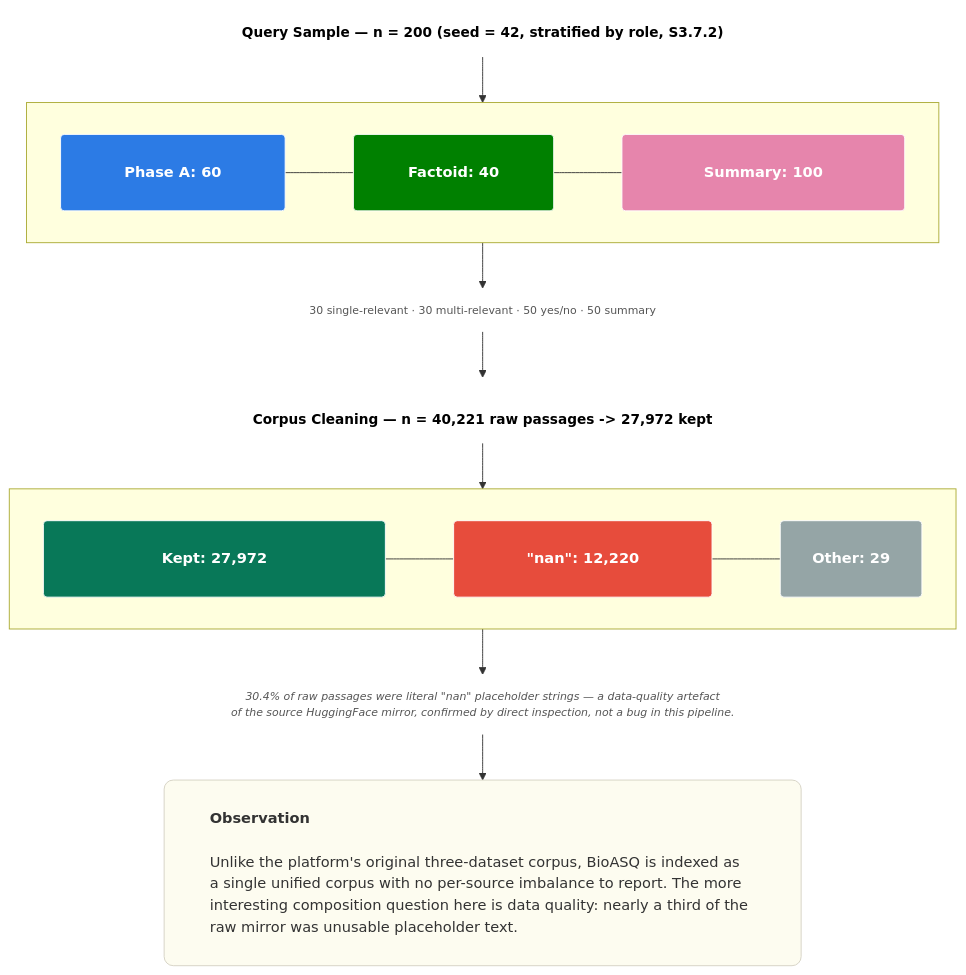
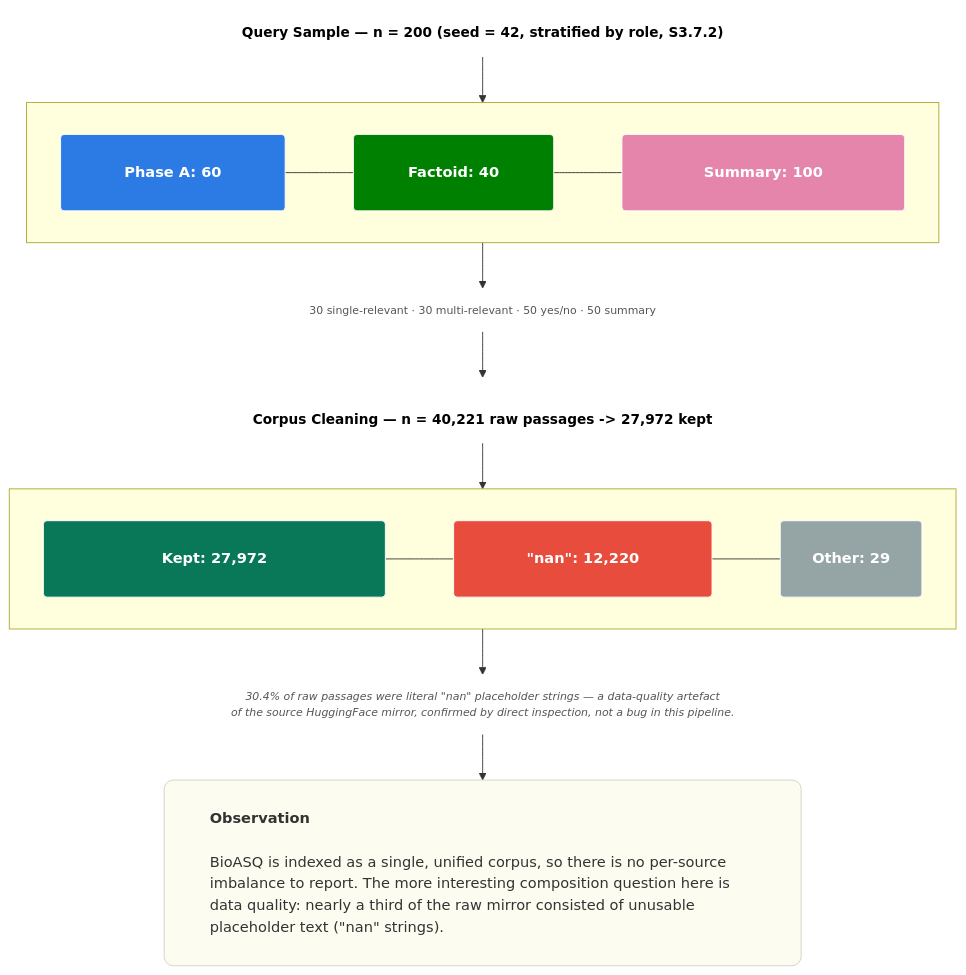
One commit to samueladole/MDATS79 changed the diagram in docs/diagrams/ragscope_query_sampling_corpus_composition.mmd. Above: the diagram before and after it, drawn with Mermaid. The commit also changed 2 other files, not shown here.

Commit message:
Fix Figure 3.4 observation text to drop dataset-swap framing
The corpus-cleaning callout still said "unlike the platform's original
three-dataset corpus"; rewritten to describe BioASQ's composition
directly. Updated the SVG, its rendered PNG, and the Mermaid source.

```diff
--- a/docs/diagrams/ragscope_query_sampling_corpus_composition.mmd
+++ b/docs/diagrams/ragscope_query_sampling_corpus_composition.mmd
@@ -1,51 +1,51 @@
 graph TD
     %% Custom Styles
     classDef blue fill:#2C7BE5,stroke:#ffffff,color:#ffffff,font-weight:bold,rx:4px,ry:4px;
     classDef green fill:#008000,stroke:#ffffff,color:#ffffff,font-weight:bold,rx:4px,ry:4px;
     classDef pink fill:#E685AC,stroke:#ffffff,color:#ffffff,font-weight:bold,rx:4px,ry:4px;
     classDef teal fill:#087858,stroke:#ffffff,color:#ffffff,font-weight:bold,rx:4px,ry:4px;
     classDef red fill:#E74C3C,stroke:#ffffff,color:#ffffff,font-weight:bold,rx:4px,ry:4px;
     classDef grey fill:#95A5A6,stroke:#ffffff,color:#ffffff,font-weight:bold,rx:4px,ry:4px;
     classDef header fill:none,stroke:none,color:#000000;
     classDef text fill:none,stroke:none,color:#555555,font-size:12px;
     classDef obs fill:#FDFCF0,stroke:#D4D1C3,color:#333333,rx:10px,ry:10px;
 
     %% 1. Query Sample Section (stratified by BioASQ role, not by dataset)
     S1["<div style='white-space: nowrap; font-size: 15px; font-weight: bold;'>Query Sample — n = 200 (seed = 42, stratified by role, S3.7.2)</div>"]:::header
 
     subgraph Bar1 [" "]
         direction LR
         Q_PA["<div style='white-space: nowrap; padding: 15px 40px;'>Phase A: 60</div>"]:::blue
         Q_FA["<div style='white-space: nowrap; padding: 15px 30px;'>Factoid: 40</div>"]:::green
         Q_SU["<div style='white-space: nowrap; padding: 15px 60px;'>Summary: 100</div>"]:::pink
         Q_PA --- Q_FA --- Q_SU
     end
 
     S1_SUB["<div style='white-space: nowrap;'><span style='color: #2C7BE5;'>30 single-relevant · 30 multi-relevant · </span><span style='color: #E685AC;'>50 yes/no · 50 summary</span></div>"]:::text
 
     S1 --> Bar1
     Bar1 --> S1_SUB
 
     %% 2. Corpus Cleaning Section (BioASQ is a single unified corpus — the
     %% interesting composition question is raw-to-cleaned reduction, not
     %% per-dataset share, since there is only one source now)
     S2["<div style='white-space: nowrap; font-size: 15px; font-weight: bold; margin-top: 20px;'>Corpus Cleaning — n = 40,221 raw passages -&gt; 27,972 kept</div>"]:::header
 
     subgraph Bar2 [" "]
         direction LR
         C_KEPT["<div style='white-space: nowrap; padding: 15px 100px;'>Kept: 27,972</div>"]:::teal
         C_NAN["<div style='white-space: nowrap; padding: 15px 50px;'>&quot;nan&quot;: 12,220</div>"]:::red
         C_OTHER["<div style='white-space: nowrap; padding: 15px 5px;'>Other: 29</div>"]:::grey
         C_KEPT --- C_NAN --- C_OTHER
     end
 
     S2_NOTE["<div style='width: 600px; text-align: center; font-style: italic; color: #666;'>30.4% of raw passages were literal &quot;nan&quot; placeholder strings — a data-quality artefact<br/>of the source HuggingFace mirror, confirmed by direct inspection, not a bug in this pipeline.</div>"]:::text
 
     S1_SUB --> S2
     S2 --> Bar2
     Bar2 --> S2_NOTE
 
     %% 3. Observation Box
-    OBS["<div style='width: 600px; text-align: left; padding: 15px 20px;'><strong>Observation</strong><br/><br/>Unlike the platform's original three-dataset corpus, BioASQ is indexed as a single unified corpus with no per-source imbalance to report. The more interesting composition question here is data quality: nearly a third of the raw mirror was unusable placeholder text.</div>"]:::obs
+    OBS["<div style='width: 600px; text-align: left; padding: 15px 20px;'><strong>Observation</strong><br/><br/>BioASQ is indexed as a single, unified corpus, so there is no per-source imbalance to report. The more interesting composition question here is data quality: nearly a third of the raw mirror consisted of unusable placeholder text (&quot;nan&quot; strings).</div>"]:::obs
 
     S2_NOTE --> OBS
```
